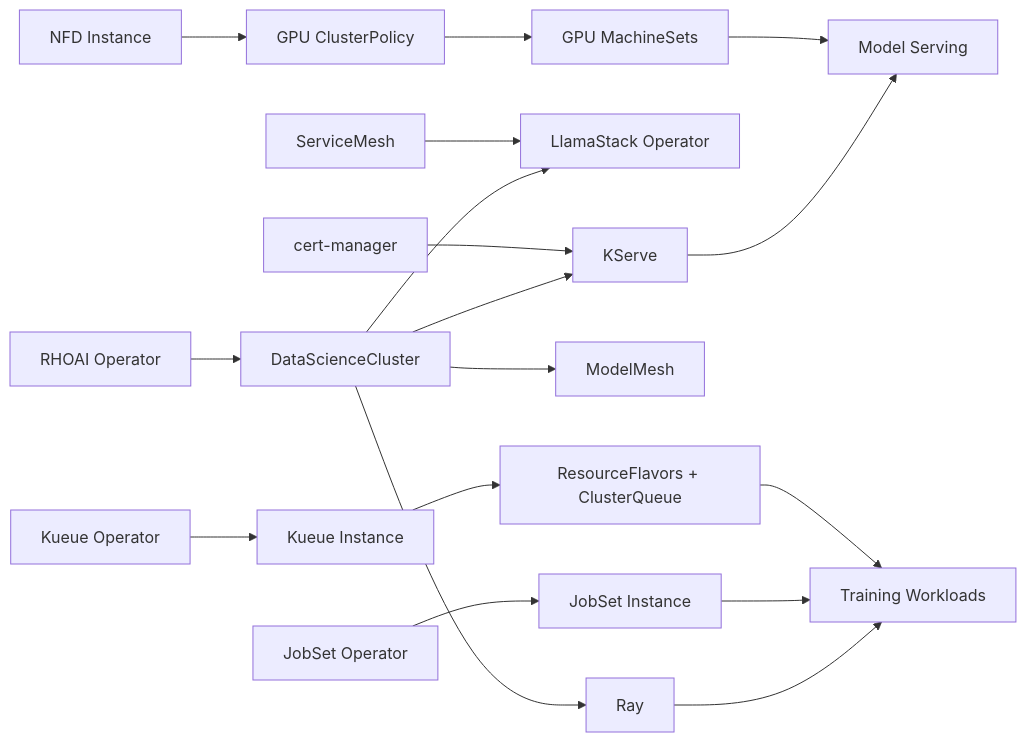
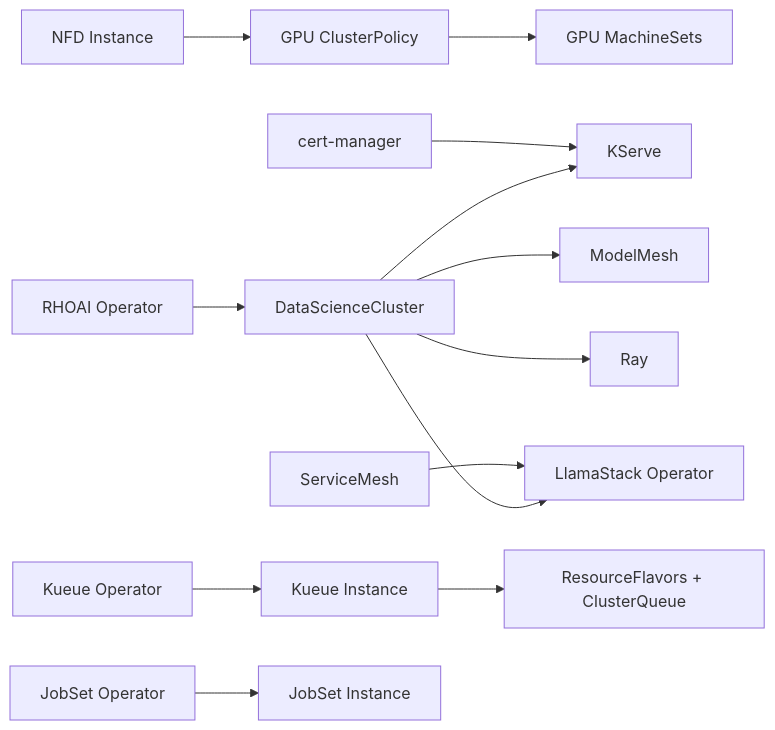
One commit to rrbanda/rhoai-deploy-gitops changed the second of 2 diagrams in docs/architecture.md. Above: the diagram before and after it, drawn with Mermaid. The commit also changed other lines of this file and 30 other files, not shown here.

````diff
--- a/docs/architecture.md
+++ b/docs/architecture.md
@@ -149,20 +127,15 @@
 ```mermaid
 graph LR
   CertMgr["cert-manager"] --> KServe["KServe"]
   ServiceMesh["ServiceMesh"] --> LlamaStackOp["LlamaStack Operator"]
   NFD["NFD Instance"] --> GPU["GPU ClusterPolicy"]
   GPU --> GPUWorkers["GPU MachineSets"]
-  GPUWorkers --> ModelServing["Model Serving"]
   RHOAIOp["RHOAI Operator"] --> DSC["DataScienceCluster"]
   DSC --> KServe
   DSC --> ModelMesh["ModelMesh"]
   DSC --> Ray["Ray"]
   DSC --> LlamaStackOp
   KueueOp["Kueue Operator"] --> KueueInst["Kueue Instance"]
   KueueInst --> KueueCfg["ResourceFlavors + ClusterQueue"]
-  KueueCfg --> Training["Training Workloads"]
   JobSetOp["JobSet Operator"] --> JobSetInst["JobSet Instance"]
-  JobSetInst --> Training
-  KServe --> ModelServing
-  Ray --> Training
 ```
````
